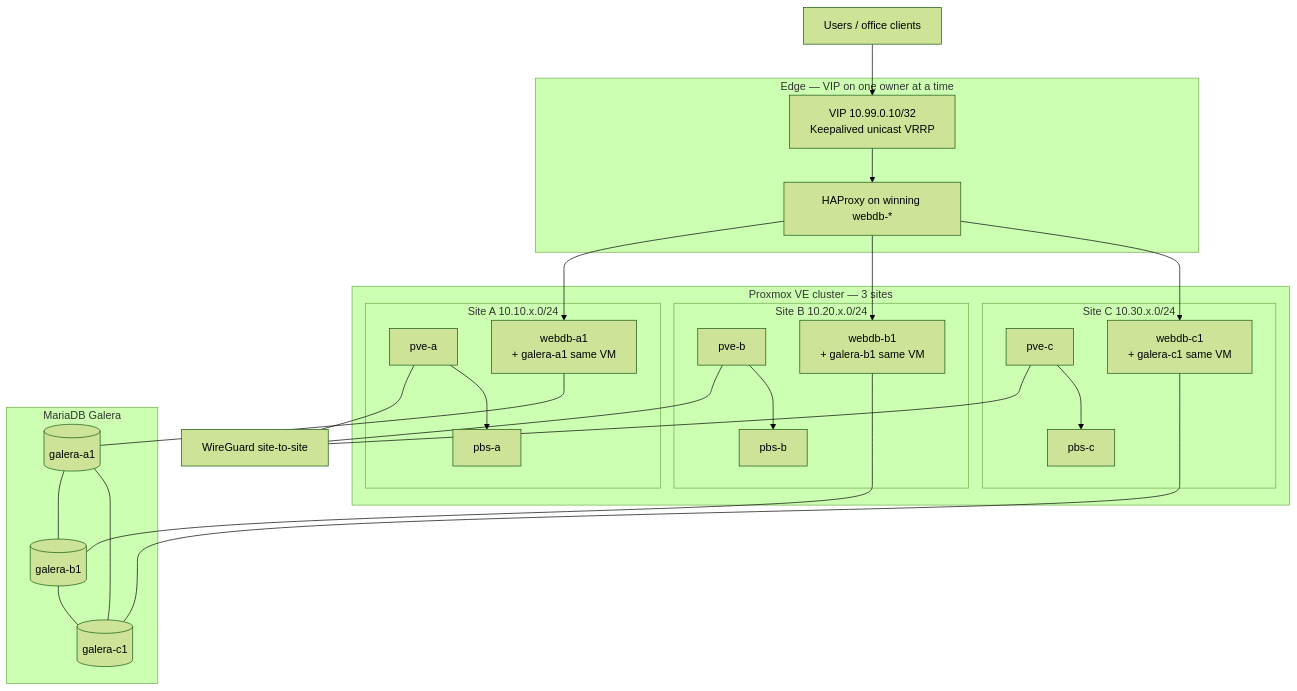
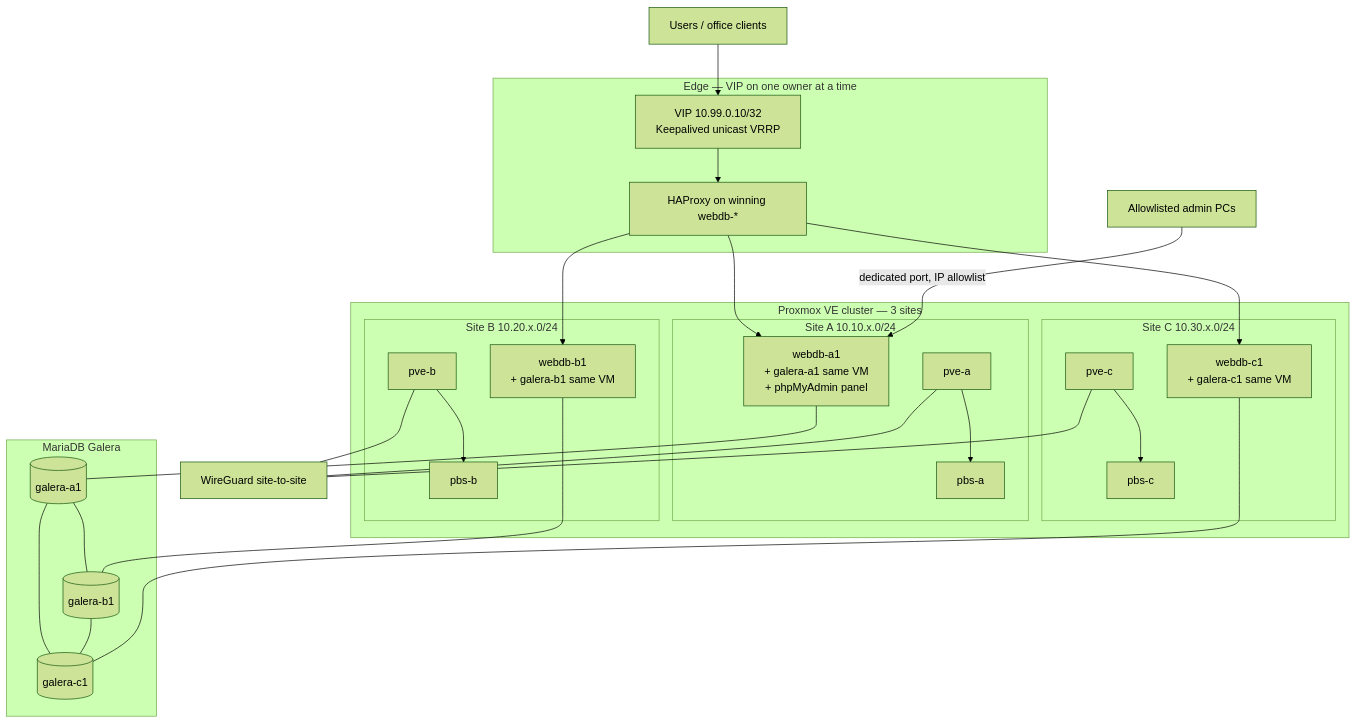
One commit to AgustinRH/proxmox-ha-lab changed the first of 2 diagrams in README.md. Above: the diagram before and after it, drawn with Mermaid (forest theme). The commit also changed other lines of this file, not shown here.

````diff
--- a/README.md
+++ b/README.md
@@ -11,53 +11,55 @@
 ```mermaid
 flowchart TB
   users[Users / office clients]
+  admins[Allowlisted admin PCs]
 
   subgraph edge [Edge — VIP on one owner at a time]
     VIP["VIP 10.99.0.10/32<br/>Keepalived unicast VRRP"]
     HAP["HAProxy on winning webdb-*"]
     VIP --> HAP
   end
 
   subgraph sites [Proxmox VE cluster — 3 sites]
     subgraph sa [Site A 10.10.x.0/24]
       PVE_A[pve-a]
-      WEB_A1["webdb-a1<br/>+ galera-a1 same VM"]
+      WEB_A1["webdb-a1<br/>+ galera-a1 same VM<br/>+ phpMyAdmin panel"]
       PBS_A[pbs-a]
     end
     subgraph sb [Site B 10.20.x.0/24]
       PVE_B[pve-b]
       WEB_B1["webdb-b1<br/>+ galera-b1 same VM"]
       PBS_B[pbs-b]
     end
     subgraph sc [Site C 10.30.x.0/24]
       PVE_C[pve-c]
       WEB_C1["webdb-c1<br/>+ galera-c1 same VM"]
       PBS_C[pbs-c]
     end
   end
 
   subgraph data [MariaDB Galera]
     G1[(galera-a1)]
     G2[(galera-b1)]
     G3[(galera-c1)]
   end
 
   WG[WireGuard site-to-site]
 
   users --> VIP
+  admins -->|"dedicated port, IP allowlist"| WEB_A1
   HAP --> WEB_A1
   HAP --> WEB_B1
   HAP --> WEB_C1
   WEB_A1 --- G1
   WEB_B1 --- G2
   WEB_C1 --- G3
   G1 --- G2
   G2 --- G3
   G3 --- G1
   PVE_A --- WG
   PVE_B --- WG
   PVE_C --- WG
   PVE_A --> PBS_A
   PVE_B --> PBS_B
   PVE_C --> PBS_C
 ```
````
